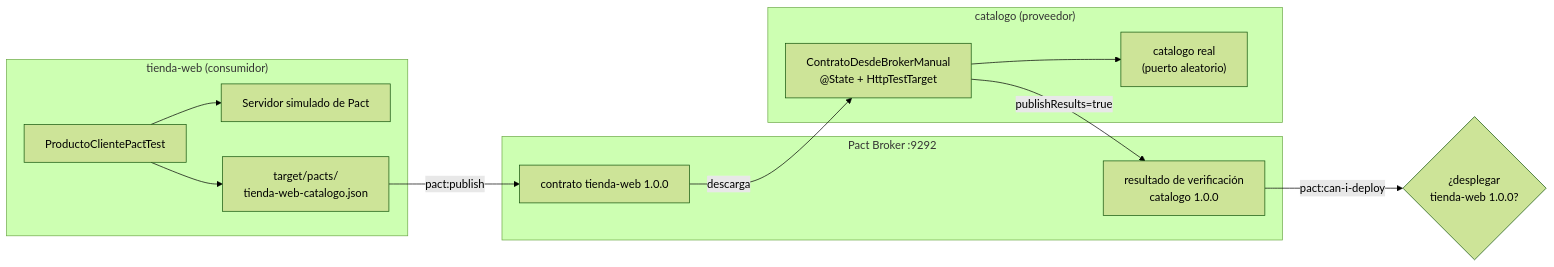
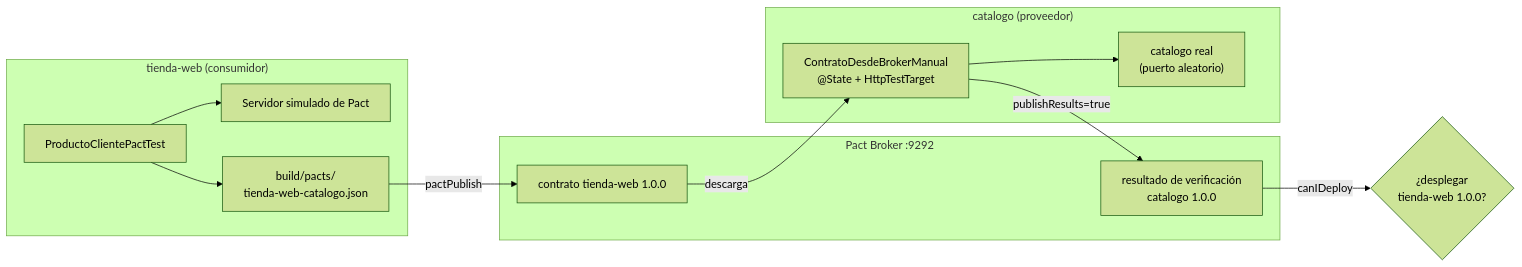
Before and after one commit to NICORUIZ93/The_Imperial_Book: the fourth of 6 diagrams in web/public/content/microservices/modulo-7.md, drawn with Mermaid (forest theme). The commit also changed other lines of this file and 346 other files, not shown here.

````diff
--- a/web/public/content/microservices/modulo-7.md
+++ b/web/public/content/microservices/modulo-7.md
@@ -1209,18 +1264,18 @@
 ```mermaid
 flowchart LR
     subgraph CONS["tienda-web (consumidor)"]
       CT["ProductoClientePactTest"] --> MS["Servidor simulado de Pact"]
-      CT --> PF["target/pacts/<br/>tienda-web-catalogo.json"]
+      CT --> PF["build/pacts/<br/>tienda-web-catalogo.json"]
     end
     subgraph BRK["Pact Broker :9292"]
       P["contrato tienda-web 1.0.0"]
       V["resultado de verificación<br/>catalogo 1.0.0"]
     end
     subgraph PROV["catalogo (proveedor)"]
       PT["ContratoDesdeBrokerManual<br/>@State + HttpTestTarget"] --> APP["catalogo real<br/>(puerto aleatorio)"]
     end
-    PF -- "pact:publish" --> P
+    PF -- "pactPublish" --> P
     P -- "descarga" --> PT
     PT -- "publishResults=true" --> V
-    V -- "pact:can-i-deploy" --> D{"¿desplegar<br/>tienda-web 1.0.0?"}
+    V -- "canIDeploy" --> D{"¿desplegar<br/>tienda-web 1.0.0?"}
 ```
````
